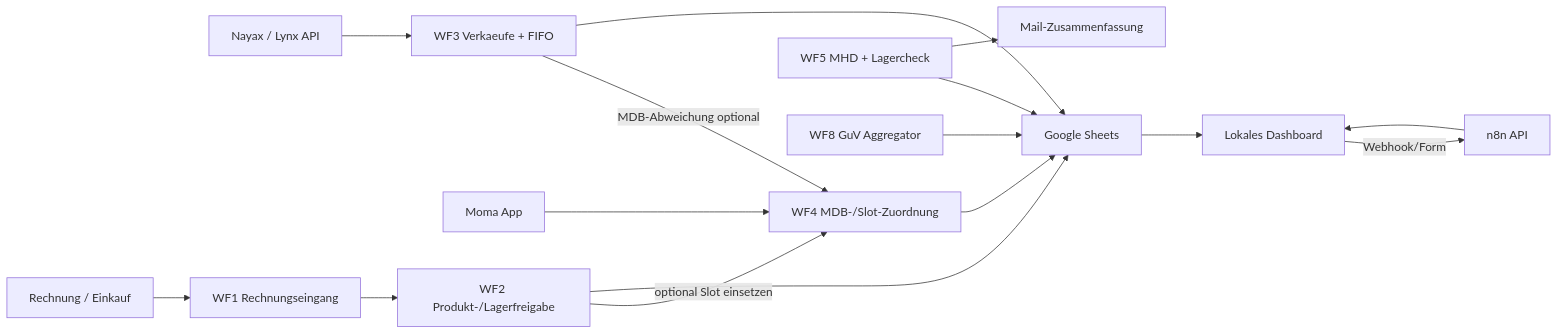
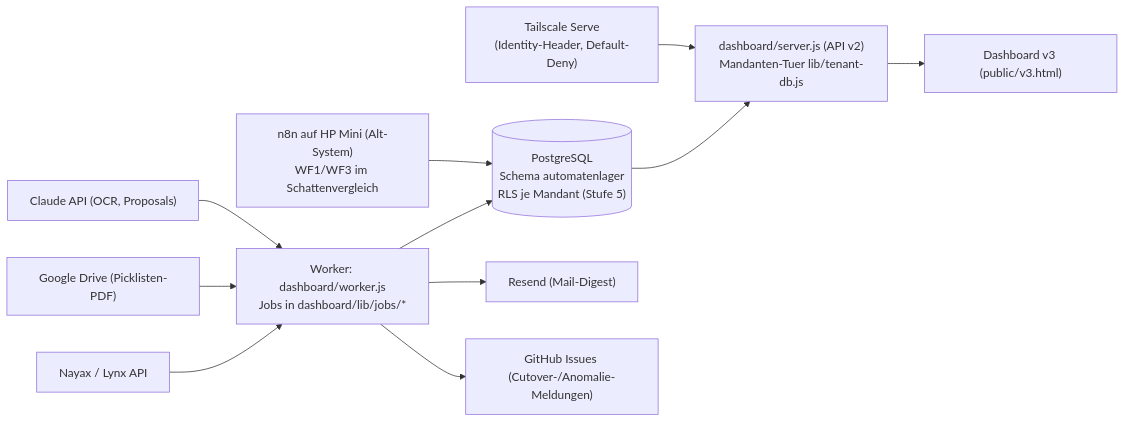
The diagram in ARCHITECTURE.md (PatrickM-git/automatenlager), drawn with Mermaid before and after one commit. The commit also changed other lines of this file and 23 other files, not shown here.

````diff
--- a/ARCHITECTURE.md
+++ b/ARCHITECTURE.md
@@ -5,18 +16,19 @@
 ```mermaid
 flowchart LR
-  Nayax["Nayax / Lynx API"] --> WF3["WF3 Verkaeufe + FIFO"]
-  Moma["Moma App"] --> WF4["WF4 MDB-/Slot-Zuordnung"]
-  Invoice["Rechnung / Einkauf"] --> WF1["WF1 Rechnungseingang"]
-  WF1 --> WF2["WF2 Produkt-/Lagerfreigabe"]
-  WF2 -->|optional Slot einsetzen| WF4
-  WF3 -->|MDB-Abweichung optional| WF4
-  WF3 --> Sheets["Google Sheets"]
-  WF2 --> Sheets
-  WF4 --> Sheets
-  WF5["WF5 MHD + Lagercheck"] --> Sheets
-  WF8["WF8 GuV Aggregator"] --> Sheets
-  Sheets --> Dashboard["Lokales Dashboard"]
-  N8N["n8n API"] --> Dashboard
-  Dashboard -->|Webhook/Form| N8N
-  WF5 --> Mail["Mail-Zusammenfassung"]
+  Nayax["Nayax / Lynx API"] --> Worker["Worker: dashboard/worker.js
+Jobs in dashboard/lib/jobs/*"]
+  Drive["Google Drive (Picklisten-PDF)"] --> Worker
+  Claude["Claude API (OCR, Proposals)"] --> Worker
+  Worker --> PG[("PostgreSQL
+Schema automatenlager
+RLS je Mandant (Stufe 5)")]
+  N8N["n8n auf HP Mini (Alt-System)
+WF1/WF3 im Schattenvergleich"] --> PG
+  PG --> Server["dashboard/server.js (API v2)
+Mandanten-Tuer lib/tenant-db.js"]
+  Server --> UI["Dashboard v3 (public/v3.html)"]
+  TS["Tailscale Serve
+(Identity-Header, Default-Deny)"] --> Server
+  Worker --> Mail["Resend (Mail-Digest)"]
+  Worker --> GH["GitHub Issues (Cutover-/Anomalie-Meldungen)"]
 ```
````
